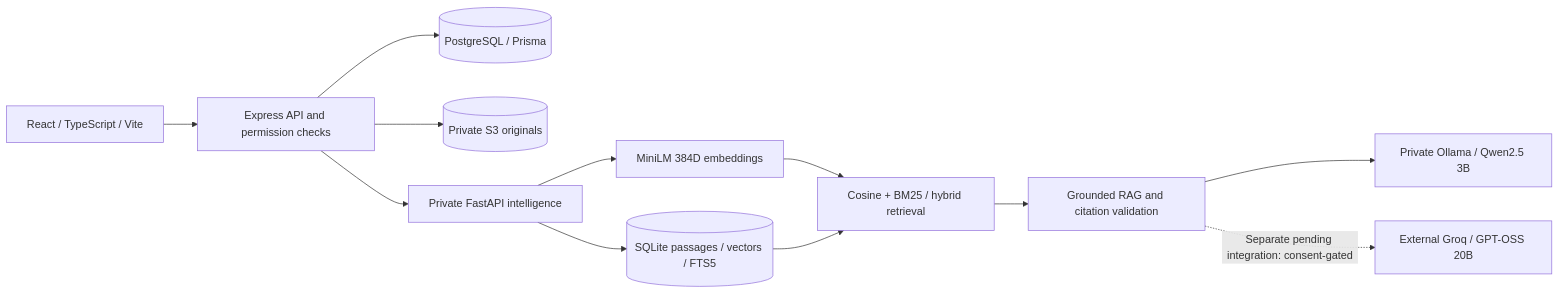
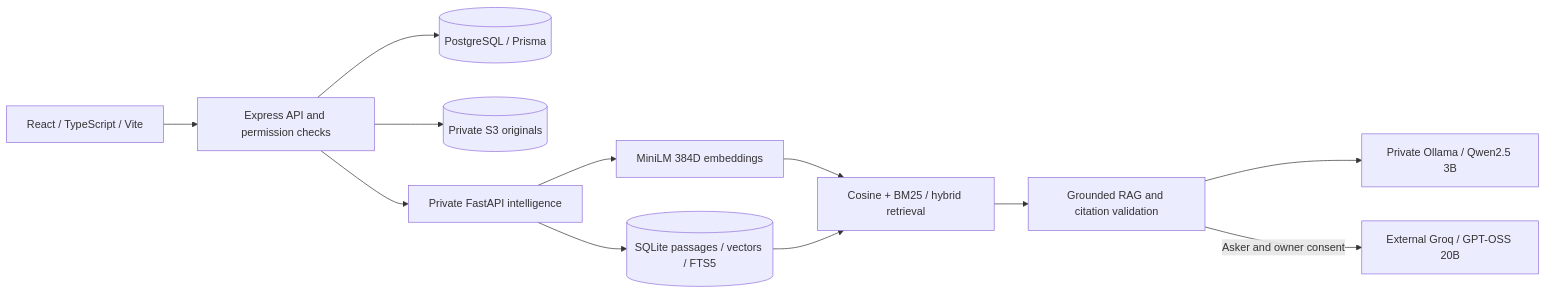
Before and after one commit to JainMehul05/NimbusVault-: the first of 2 diagrams in README.md, drawn with Mermaid. The commit also changed other lines of this file and 57 other files, not shown here.

````diff
--- a/README.md
+++ b/README.md
@@ -54,14 +54,14 @@
 ```mermaid
 flowchart LR
     UI[React / TypeScript / Vite] --> API[Express API and permission checks]
     API --> PG[(PostgreSQL / Prisma)]
     API --> S3[(Private S3 originals)]
     API --> AI[Private FastAPI intelligence]
     AI --> DB[(SQLite passages / vectors / FTS5)]
     AI --> EMB[MiniLM 384D embeddings]
     EMB --> RET[Cosine + BM25 / hybrid retrieval]
     DB --> RET
     RET --> RAG[Grounded RAG and citation validation]
     RAG --> Q[Private Ollama / Qwen2.5 3B]
-    RAG -. Separate pending integration: consent-gated .-> G[External Groq / GPT-OSS 20B]
+    RAG -->|Asker and owner consent| G[External Groq / GPT-OSS 20B]
 ```
````
